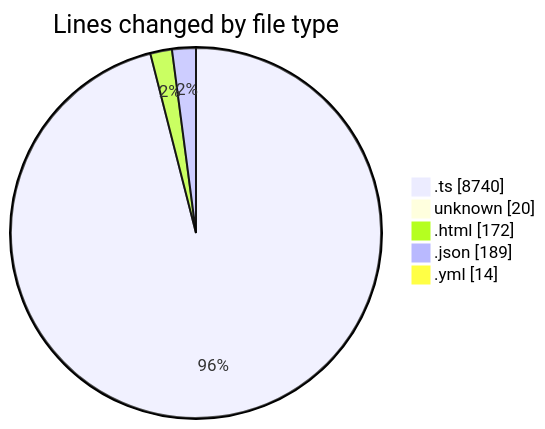
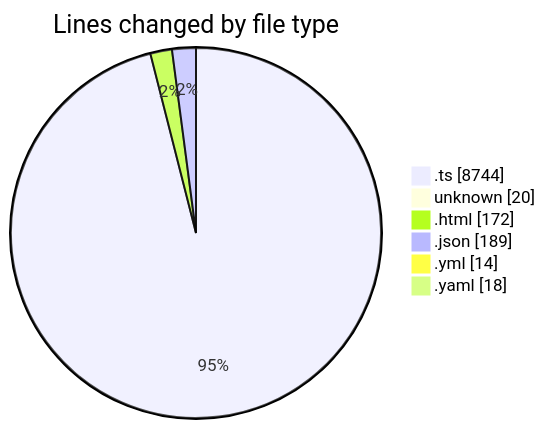
One commit to tmsrecording-cyber/code-tracking changed the first of 2 diagrams in 2026-02-06/singularitybrainai/README.md. Above: the diagram before and after it, drawn with Mermaid. The commit also changed other lines of this file and 1 other file, not shown here.

````diff
--- a/2026-02-06/singularitybrainai/README.md
+++ b/2026-02-06/singularitybrainai/README.md
@@ -42,9 +43,10 @@
 ```mermaid
 pie showData
 title Lines changed by file type
-".ts" : 8740
+".ts" : 8744
 "unknown" : 20
 ".html" : 172
 ".json" : 189
 ".yml" : 14
+".yaml" : 18
 ```
````
